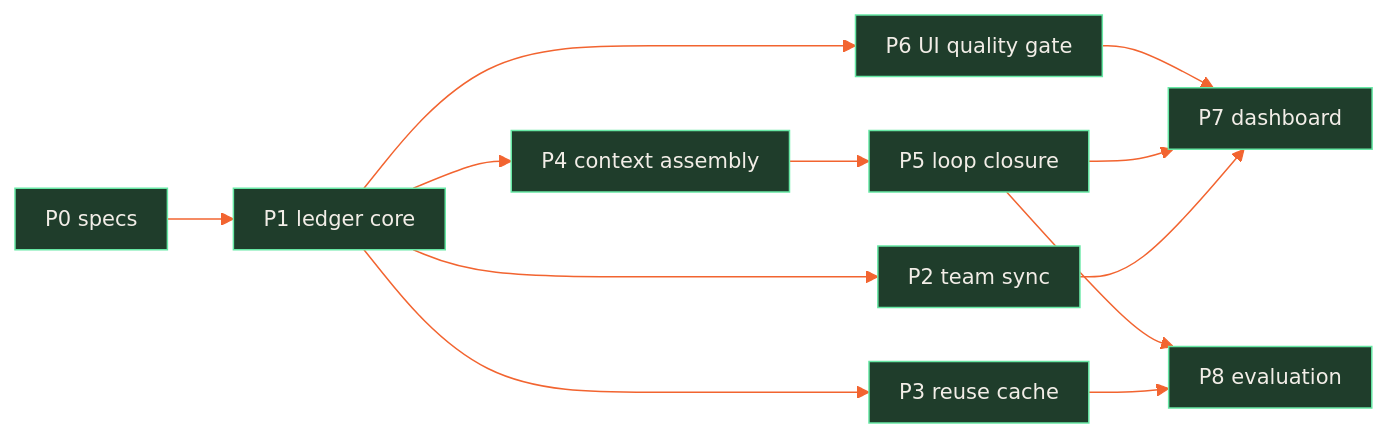
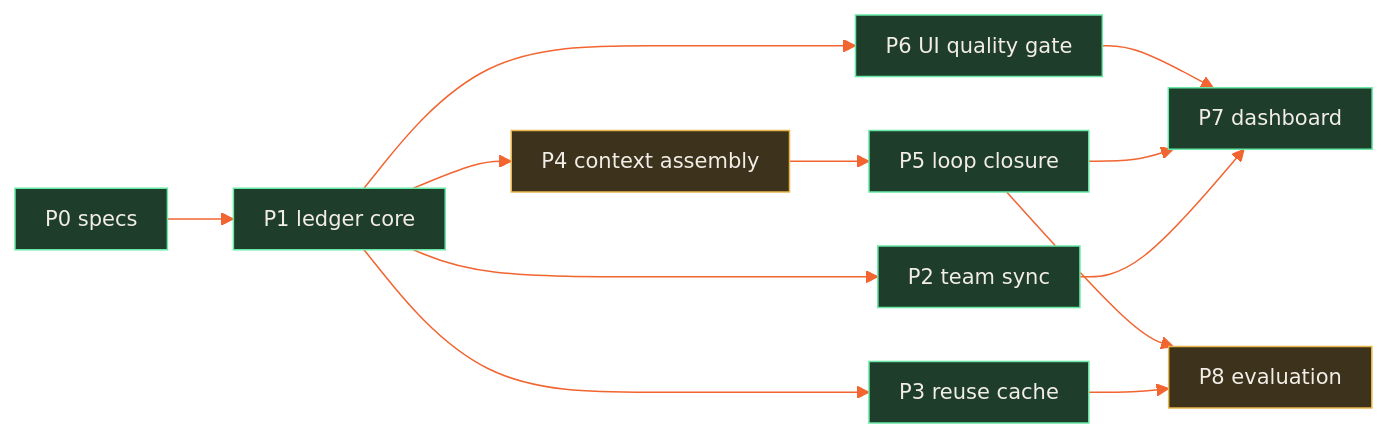
Before and after one commit to CodeWithJuber/forgekit: the diagram in docs/plans/substrate-v2/00-overview.md, drawn with Mermaid. The commit also changed other lines of this file and 55 other files, not shown here.

````diff
--- a/docs/plans/substrate-v2/00-overview.md
+++ b/docs/plans/substrate-v2/00-overview.md
@@ -70,17 +80,19 @@
 ```mermaid
 %%{init: {'theme':'base','themeVariables':{'primaryColor':'#201a15','primaryTextColor':'#f2ede7','primaryBorderColor':'#372c22','lineColor':'#f26430','secondaryColor':'#272019','tertiaryColor':'#171310','edgeLabelBackground':'#201a15','clusterBkg':'#171310','clusterBorder':'#4a3b2e','fontFamily':'ui-sans-serif, system-ui, sans-serif','fontSize':'14px'},'flowchart':{'curve':'basis','padding':10,'nodeSpacing':36,'rankSpacing':44}}}%%
 flowchart LR
     P0["P0 specs"] --> P1["P1 ledger core"]
     P1 --> P2["P2 team sync"]
     P1 --> P3["P3 reuse cache"]
     P1 --> P4["P4 context assembly"]
     P1 --> P6["P6 UI quality gate"]
     P4 --> P5["P5 loop closure"]
     P2 --> P7["P7 dashboard"]
     P5 --> P7
     P6 --> P7
     P3 --> P8["P8 evaluation"]
     P5 --> P8
     classDef done fill:#1f3d2b,stroke:#67e8a5,color:#f2ede7;
-    class P0,P1,P2,P3,P4,P5,P6,P7,P8 done;
+    classDef partial fill:#3d321c,stroke:#e8b64a,color:#f2ede7;
+    class P0,P1,P2,P3,P5,P6,P7 done;
+    class P4,P8 partial;
 ```
````
